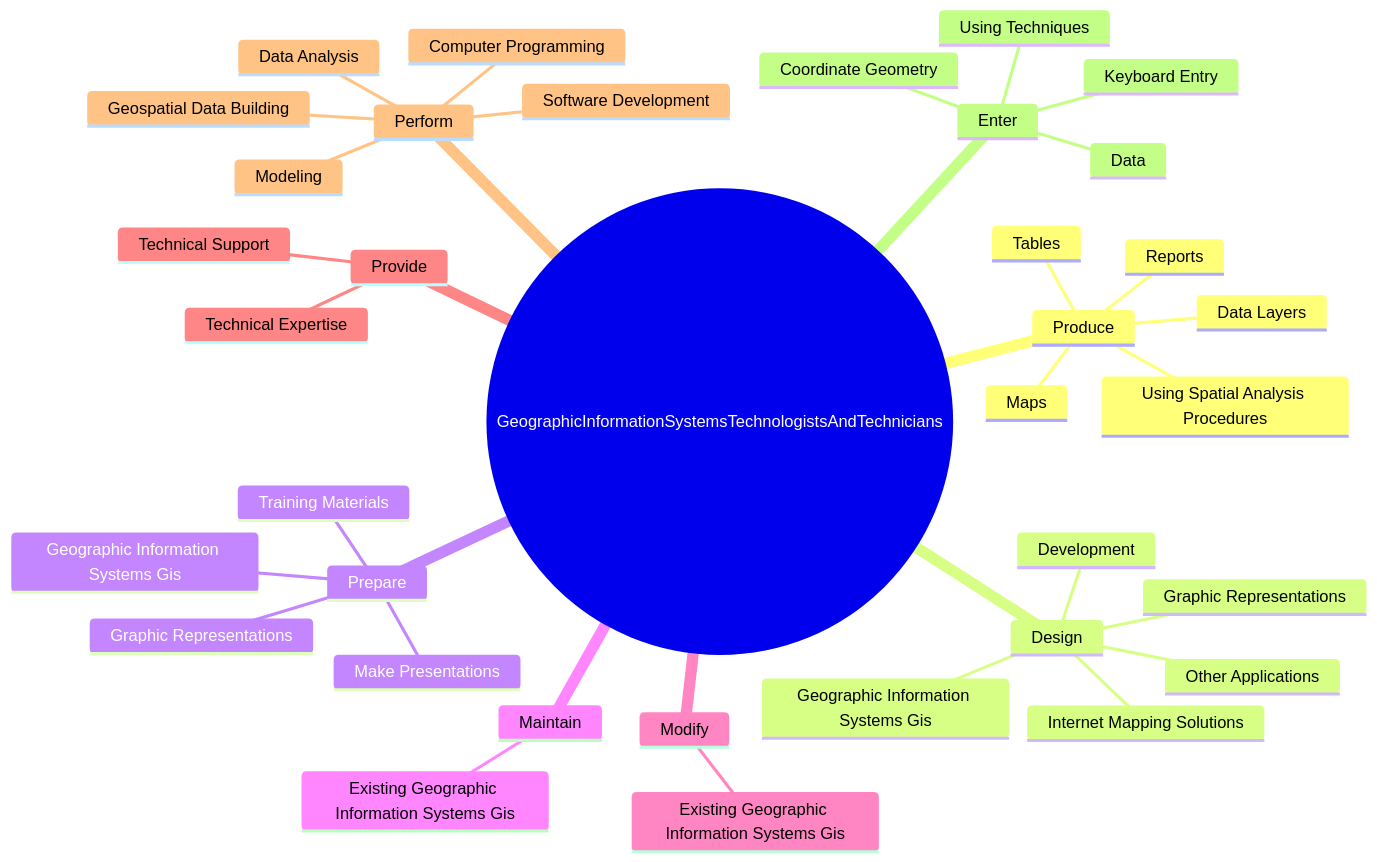
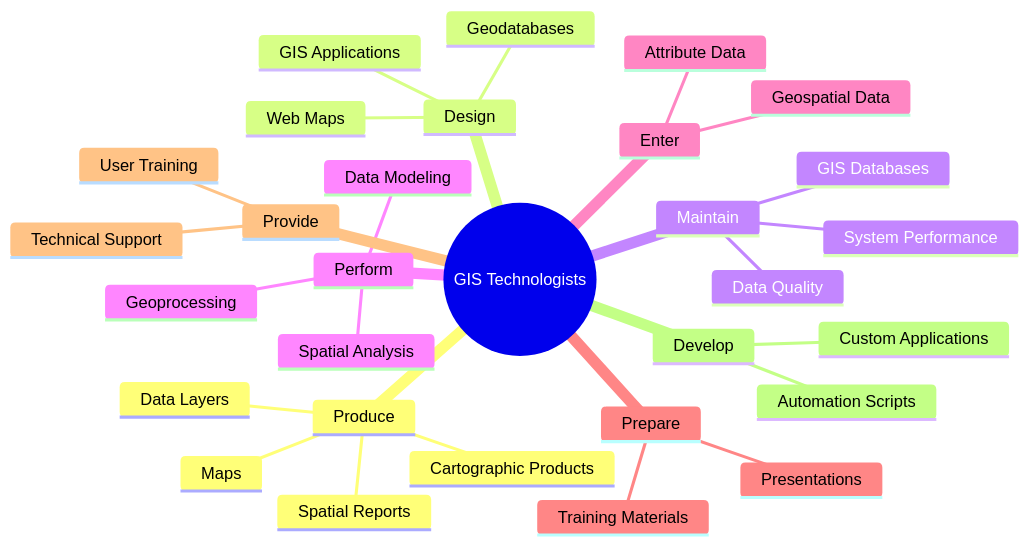
One commit to kziemski/business.org.ai changed the second of 4 diagrams in occupations/Technology/GeographicInformationSystemsTechnologistsAndTechnicians.mdx. Above: the diagram before and after it, drawn with Mermaid. The commit also changed other lines of this file and 938 other files, not shown here.

````diff
--- a/occupations/Technology/GeographicInformationSystemsTechnologistsAndTechnicians.mdx
+++ b/occupations/Technology/GeographicInformationSystemsTechnologistsAndTechnicians.mdx
@@ -38,39 +46,33 @@
 ```mermaid
 mindmap
-    root(("GeographicInformationSystemsTechnologistsAndTechnicians"))
+    root(("GIS Technologists"))
         Produce
+            Maps
             Data Layers
-            Maps
-            Tables
-            Reports
-            Using Spatial Analysis Procedures
+            Spatial Reports
+            Cartographic Products
         Design
-            Graphic Representations
-            Development
-            Geographic Information Systems Gis
-            Internet Mapping Solutions
-            Other Applications
+            GIS Applications
+            Web Maps
+            Geodatabases
+        Maintain
+            GIS Databases
+            Data Quality
+            System Performance
+        Perform
+            Spatial Analysis
+            Data Modeling
+            Geoprocessing
+        Enter
+            Geospatial Data
+            Attribute Data
         Prepare
-            Graphic Representations
+            Presentations
             Training Materials
-            Make Presentations
-            Geographic Information Systems Gis
-        Maintain
-            Existing Geographic Information Systems Gis
-        Modify
-            Existing Geographic Information Systems Gis
         Provide
-            Technical Expertise
             Technical Support
-        Perform
-            Computer Programming
-            Data Analysis
-            Software Development
-            Geospatial Data Building
-            Modeling
-        Enter
-            Data
-            Using Techniques
-            Coordinate Geometry
-            Keyboard Entry
+            User Training
+        Develop
+            Custom Applications
+            Automation Scripts
 ```
````
